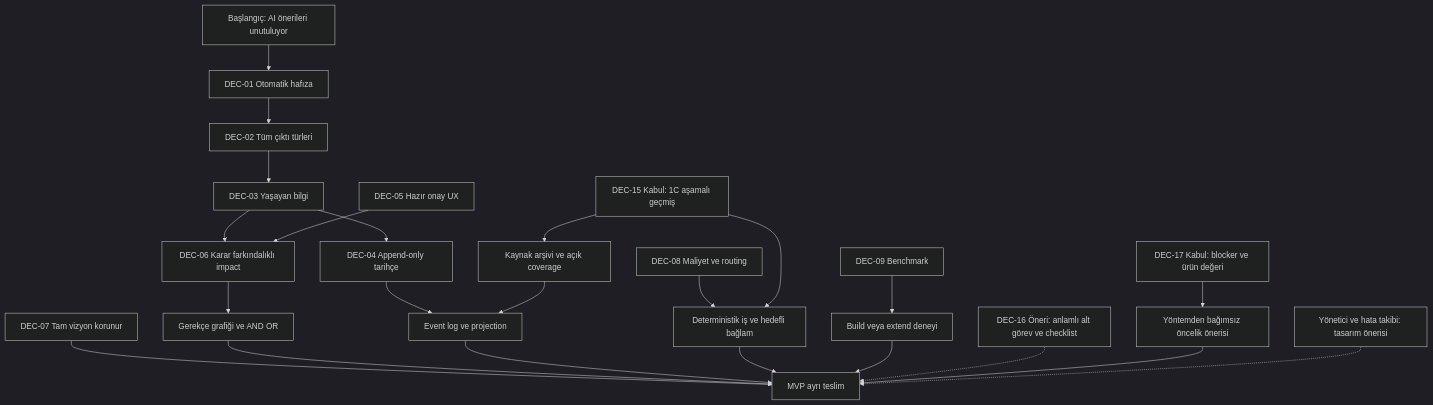
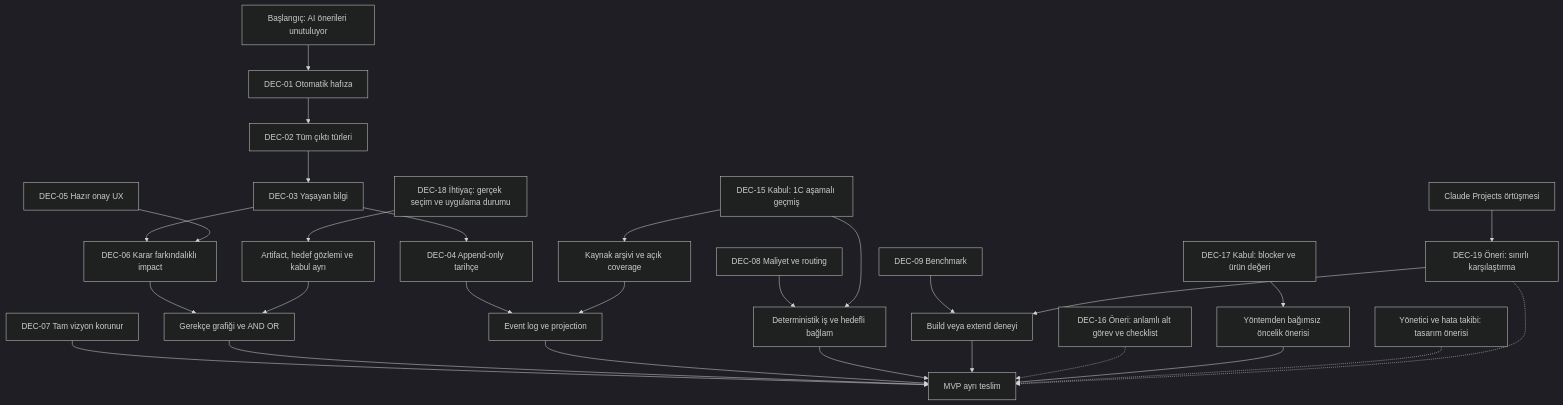
The diagram in docs/product/decision-map.md (alphanAkbulut/decivora), drawn with Mermaid (dark theme) before and after one commit. The commit also changed other lines of this file and 41 other files, not shown here.

````diff
--- a/docs/product/decision-map.md
+++ b/docs/product/decision-map.md
@@ -25,25 +27,30 @@
 ```mermaid
 flowchart TD
     P[Başlangıç: AI önerileri unutuluyor] --> D1[DEC-01 Otomatik hafıza]
     D1 --> D2[DEC-02 Tüm çıktı türleri]
     D2 --> D3[DEC-03 Yaşayan bilgi]
     D3 --> D4[DEC-04 Append-only tarihçe]
     D3 --> D6[DEC-06 Karar farkındalıklı impact]
     D5[DEC-05 Hazır onay UX] --> D6
     D6 --> G[Gerekçe grafiği ve AND OR]
     D4 --> A[Event log ve projection]
     D7[DEC-07 Tam vizyon korunur] --> M[MVP ayrı teslim]
     D8[DEC-08 Maliyet ve routing] --> R[Deterministik iş ve hedefli bağlam]
     D9[DEC-09 Benchmark] --> X[Build veya extend deneyi]
     G --> M
     A --> M
     R --> M
     X --> M
     D15[DEC-15 Kabul: 1C aşamalı geçmiş] --> R
     D15 --> HIST[Kaynak arşivi ve açık coverage]
     HIST --> A
     D16[DEC-16 Öneri: anlamlı alt görev ve checklist] -.-> M
     D17[DEC-17 Kabul: blocker ve ürün değeri] --> FLOW[Yöntemden bağımsız öncelik önerisi]
     FLOW --> M
     GOV[Yönetici ve hata takibi: tasarım önerisi] -.-> M
+    D18[DEC-18 İhtiyaç: gerçek seçim ve uygulama durumu] --> REAL[Artifact, hedef gözlemi ve kabul ayrı]
+    REAL --> G
+    CP[Claude Projects örtüşmesi] --> TEST[DEC-19 Öneri: sınırlı karşılaştırma]
+    TEST --> X
+    TEST -.-> M
 ```
````
